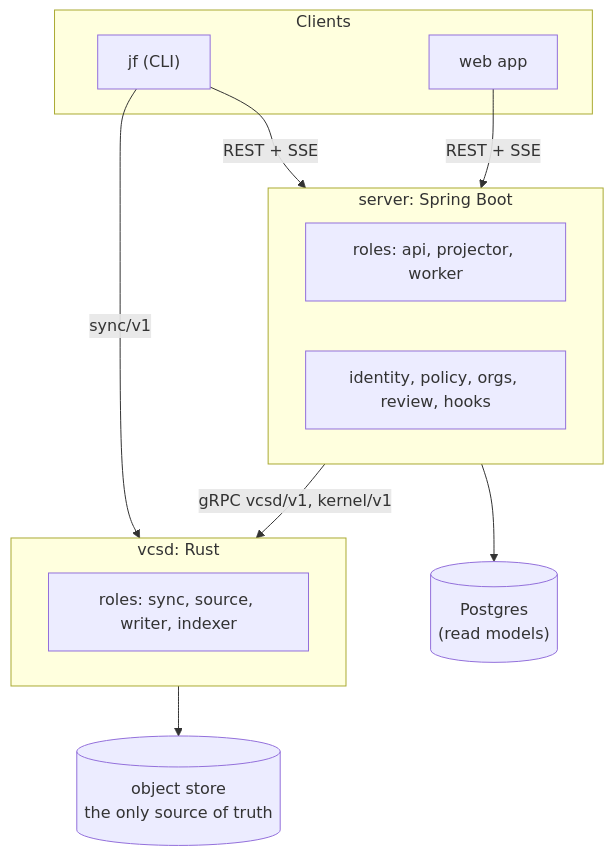
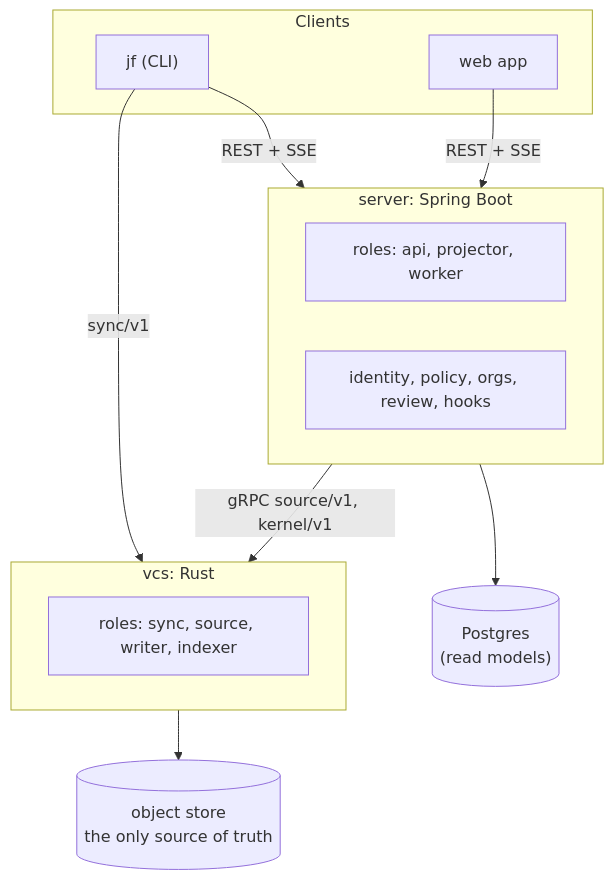
The diagram in shared/docs/architecture.md (nca-apprentices/jjforge), drawn with Mermaid before and after one commit. The commit also changed other lines of this file and 93 other files, not shown here.

First line of the commit message:
refactor!: rename vcsd to vcs and server/ to jvm/

````diff
--- a/shared/docs/architecture.md
+++ b/shared/docs/architecture.md
@@ -9,28 +9,28 @@
 ```mermaid
 flowchart TB
     subgraph clients[Clients]
         cli["jf (CLI)"]
         web[web app]
     end
 
     subgraph server["server: Spring Boot"]
         direction LR
         roles["roles: api, projector, worker"]
         domains["identity, policy, orgs, review, hooks"]
     end
 
     pg[("Postgres<br/>(read models)")]
 
-    subgraph vcsd["vcsd: Rust"]
+    subgraph vcs["vcs: Rust"]
         vroles["roles: sync, source, writer, indexer"]
     end
 
     store[("object store<br/>the only source of truth")]
 
     cli -- "REST + SSE" --> server
     web -- "REST + SSE" --> server
-    cli -- "sync/v1" --> vcsd
-    server -- "gRPC vcsd/v1, kernel/v1" --> vcsd
+    cli -- "sync/v1" --> vcs
+    server -- "gRPC source/v1, kernel/v1" --> vcs
     server --> pg
-    vcsd --> store
+    vcs --> store
 ```
````
